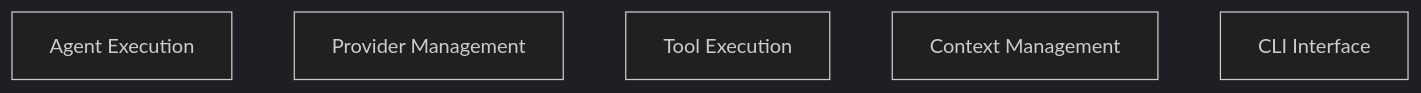
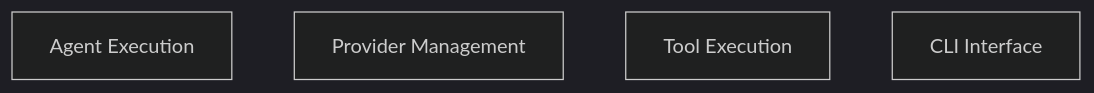
The first of 5 diagrams in codelet/spec/FOUNDATION.md (sengac/fspec), drawn with Mermaid (dark theme) before and after one commit. The commit also changed other lines of this file and 39 other files, not shown here.

````diff
--- a/codelet/spec/FOUNDATION.md
+++ b/codelet/spec/FOUNDATION.md
@@ -70,9 +69,8 @@
 ```mermaid
 graph TB
   BC1["Agent Execution"]
   BC2["Provider Management"]
   BC3["Tool Execution"]
-  BC4["Context Management"]
-  BC5["CLI Interface"]
+  BC4["CLI Interface"]
 
 ```
````
